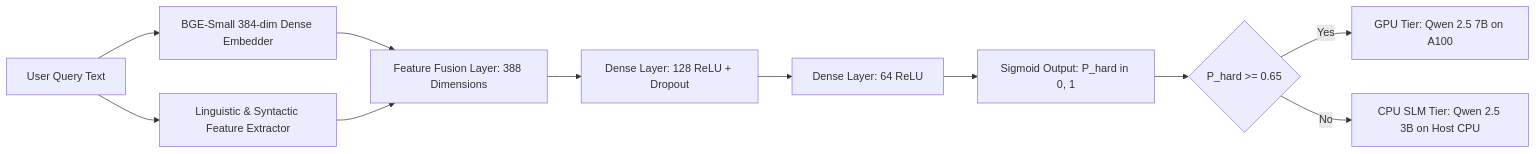
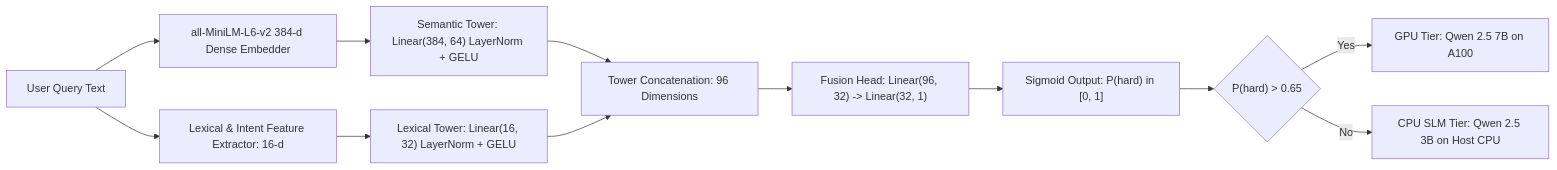
The third of 4 diagrams in COMPLETE_SYSTEM_DOCUMENTATION.md (rutujmanware/Onprem-RAG-gateway), drawn with Mermaid before and after one commit. The commit also changed other lines of this file, not shown here.

````diff
--- a/COMPLETE_SYSTEM_DOCUMENTATION.md
+++ b/COMPLETE_SYSTEM_DOCUMENTATION.md
@@ -179,13 +185,14 @@
 ```mermaid
 flowchart LR
-    Q[User Query Text] --> Emb[BGE-Small 384-dim Dense Embedder]
-    Q --> Ling[Linguistic & Syntactic Feature Extractor]
-    Emb --> Concat[Feature Fusion Layer: 388 Dimensions]
-    Ling --> Concat
-    Concat --> Dense1[Dense Layer: 128 ReLU + Dropout]
-    Dense1 --> Dense2[Dense Layer: 64 ReLU]
-    Dense2 --> Out[Sigmoid Output: P_hard in 0, 1]
-    Out --> Decision{P_hard >= 0.65}
+    Q[User Query Text] --> Emb[all-MiniLM-L6-v2 384-d Dense Embedder]
+    Q --> Ling[Lexical & Intent Feature Extractor: 16-d]
+    Emb --> SemTower["Semantic Tower: Linear(384, 64) LayerNorm + GELU"]
+    Ling --> LexTower["Lexical Tower: Linear(16, 32) LayerNorm + GELU"]
+    SemTower --> Concat["Tower Concatenation: 96 Dimensions"]
+    LexTower --> Concat
+    Concat --> Fusion["Fusion Head: Linear(96, 32) -> Linear(32, 1)"]
+    Fusion --> Out["Sigmoid Output: P(hard) in [0, 1]"]
+    Out --> Decision{"P(hard) > 0.65"}
     Decision -->|Yes| Hard[GPU Tier: Qwen 2.5 7B on A100]
     Decision -->|No| Easy[CPU SLM Tier: Qwen 2.5 3B on Host CPU]
 ```
````
